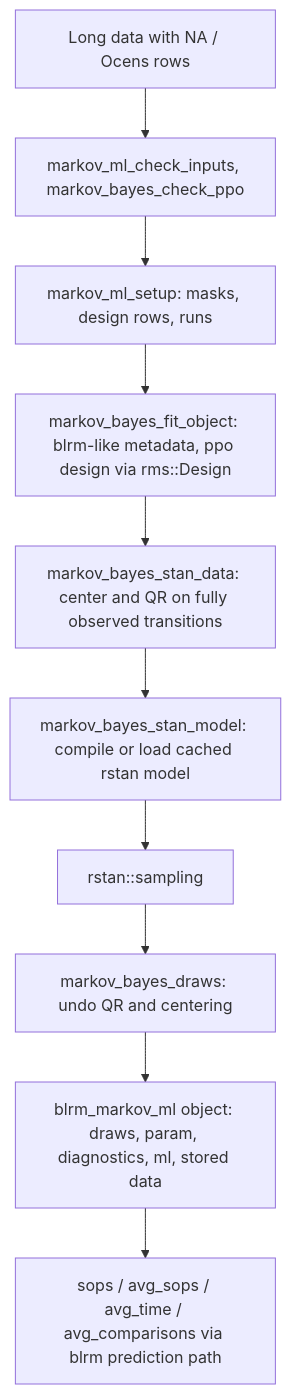
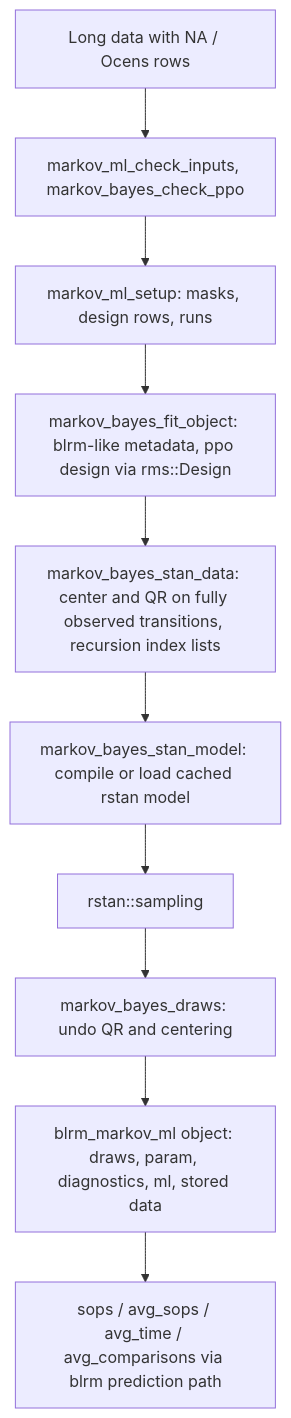
The third of 3 diagrams in ARCHITECTURE.md (scjohannes/mostr), drawn with Mermaid before and after one commit. The commit also changed other lines of this file and 3 other files, not shown here.

````diff
--- a/ARCHITECTURE.md
+++ b/ARCHITECTURE.md
@@ -374,12 +374,12 @@
 ```mermaid
 flowchart TD
     A[Long data with NA / Ocens rows] --> B[markov_ml_check_inputs, markov_bayes_check_ppo]
     B --> C[markov_ml_setup: masks, design rows, runs]
     C --> D[markov_bayes_fit_object: blrm-like metadata, ppo design via rms::Design]
-    D --> E[markov_bayes_stan_data: center and QR on fully observed transitions]
+    D --> E[markov_bayes_stan_data: center and QR on fully observed transitions, recursion index lists]
     E --> F[markov_bayes_stan_model: compile or load cached rstan model]
     F --> G[rstan::sampling]
     G --> H[markov_bayes_draws: undo QR and centering]
     H --> I[blrm_markov_ml object: draws, param, diagnostics, ml, stored data]
     I --> J[sops / avg_sops / avg_time / avg_comparisons via blrm prediction path]
 ```
````
